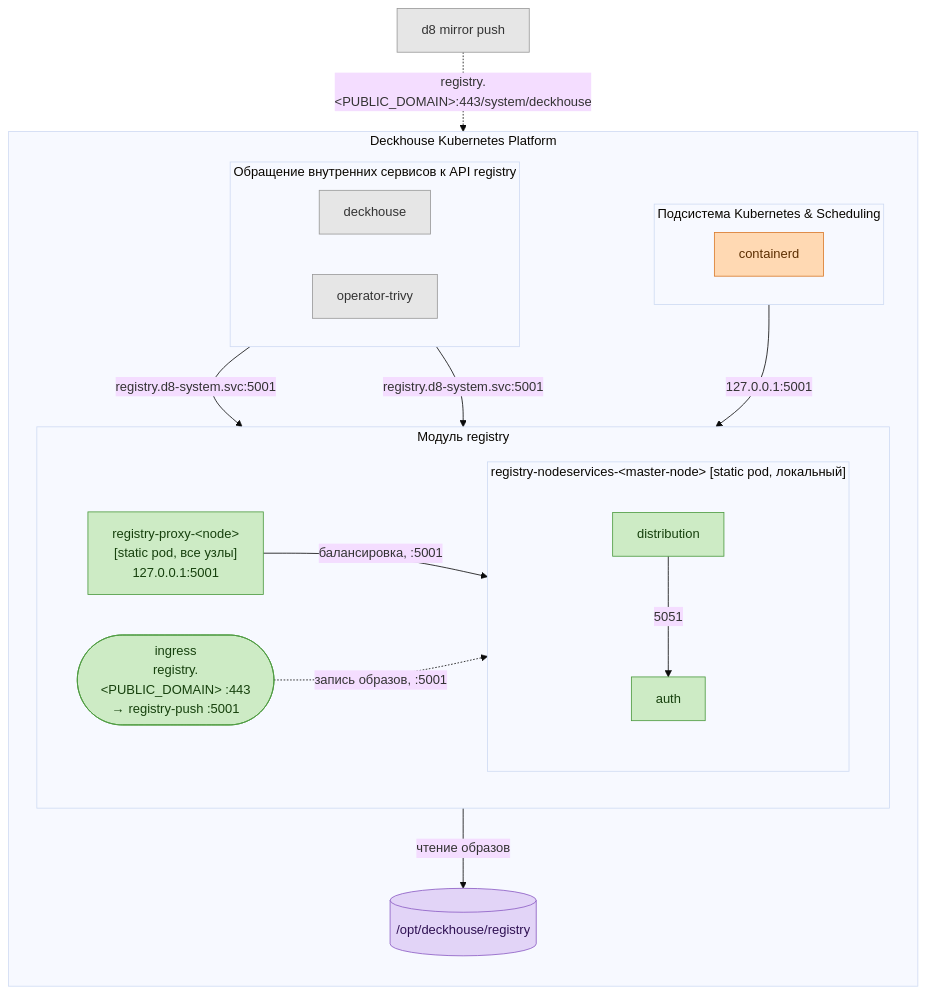
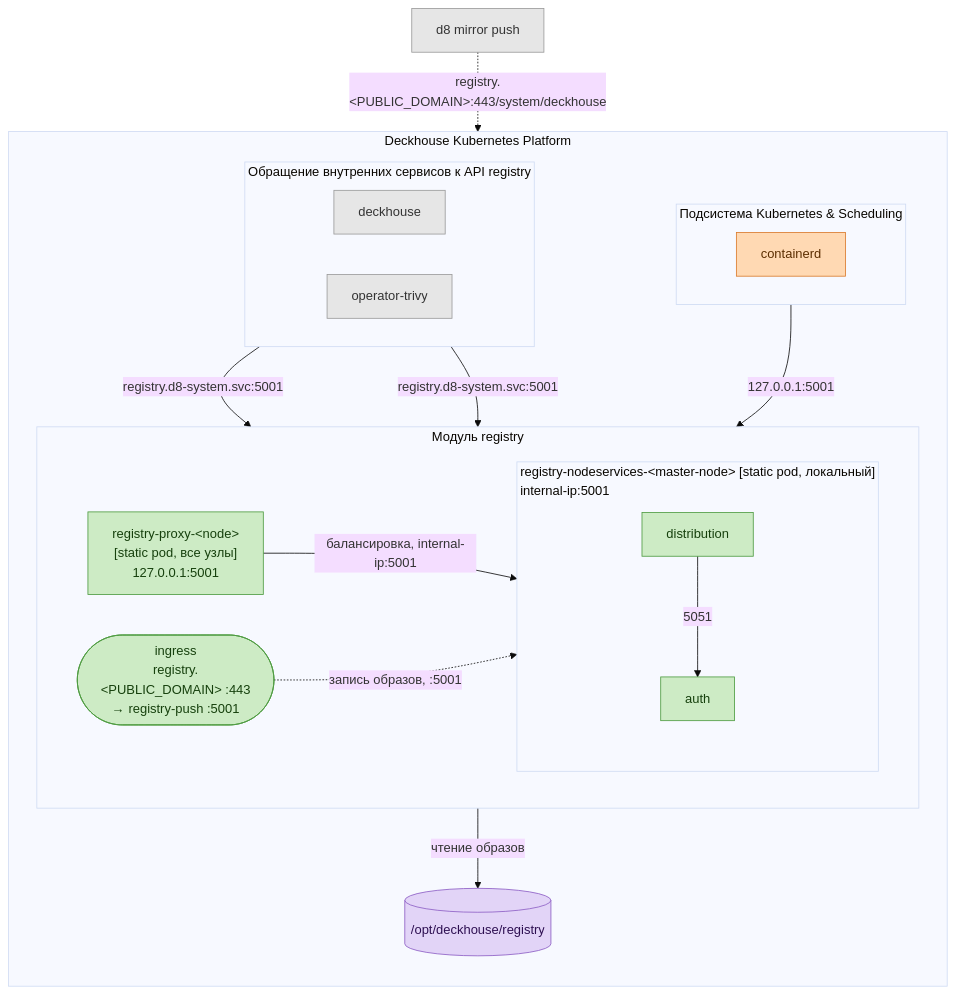
One commit to deckhouse/deckhouse changed the tenth of 11 diagrams in modules/038-registry/docs/internal/ARCHITECTURE.md. Above: the diagram before and after it, drawn with Mermaid (base theme). The commit also changed other lines of this file, not shown here.

````diff
--- a/modules/038-registry/docs/internal/ARCHITECTURE.md
+++ b/modules/038-registry/docs/internal/ARCHITECTURE.md
@@ -491,59 +496,59 @@
 ```mermaid
 flowchart TB
   MirrorPush["d8 mirror push"]
 
   subgraph DKP["Deckhouse Kubernetes Platform"]
     direction TB
 
     subgraph K8S["Подсистема Kubernetes & Scheduling"]
       direction LR
       Containerd["containerd"]
     end
 
     subgraph InternalRegistryClients["Обращение внутренних сервисов к API registry"]
       direction LR
       Deckhouse["deckhouse"]
       OperatorTrivy["operator-trivy"]
     end
 
     subgraph RegistryModule["Модуль registry"]
       direction LR
 
       Ingress(["ingress<br/>registry.&lt;PUBLIC_DOMAIN&gt; :443<br/>→ registry-push :5001"])
       RegistryProxy["registry-proxy-&lt;node&gt;<br/>[static pod, все узлы]<br/>127.0.0.1:5001"]
 
-      subgraph RegistryNodeservicesStaticPod["registry-nodeservices-&lt;master-node&gt; [static pod, локальный]"]
+      subgraph RegistryNodeservicesStaticPod["registry-nodeservices-&lt;master-node&gt; [static pod, локальный]<br/>internal-ip:5001"]
         direction TB
         Distribution["distribution"]
         Auth["auth"]
       end
     end
 
     RegistryStorage[("/opt/deckhouse/registry")]
   end
 
   Containerd -->|"127.0.0.1:5001"| RegistryProxy
 
-  RegistryProxy -->|"балансировка, :5001"| Distribution
+  RegistryProxy -->|"балансировка, internal-ip:5001"| Distribution
 
   Deckhouse -->|"registry.d8-system.svc:5001"| Distribution
 
   OperatorTrivy -->|"registry.d8-system.svc:5001"| Distribution
 
   Distribution -->|"5051"| Auth
 
   Distribution -->|"чтение образов"| RegistryStorage
 
   MirrorPush -.->|"registry.&lt;PUBLIC_DOMAIN&gt;:443/system/deckhouse"| Ingress
   Ingress -.->|"запись образов, :5001"| Distribution
 
   classDef work fill:#cdebc5,stroke:#4c9a3f,color:#16400d;
   classDef cri fill:#ffd9b3,stroke:#d97a2b,color:#5c2e00;
   classDef ext fill:#e2d4f7,stroke:#8b5cc4,color:#2e1052;
   classDef client fill:#e6e6e6,stroke:#999,color:#333;
   class RegistryProxy,Distribution,Auth,Ingress work;
   class Containerd cri;
   class Deckhouse,OperatorTrivy client;
   class RegistryStorage ext;
   class MirrorPush client;
 ```
````
